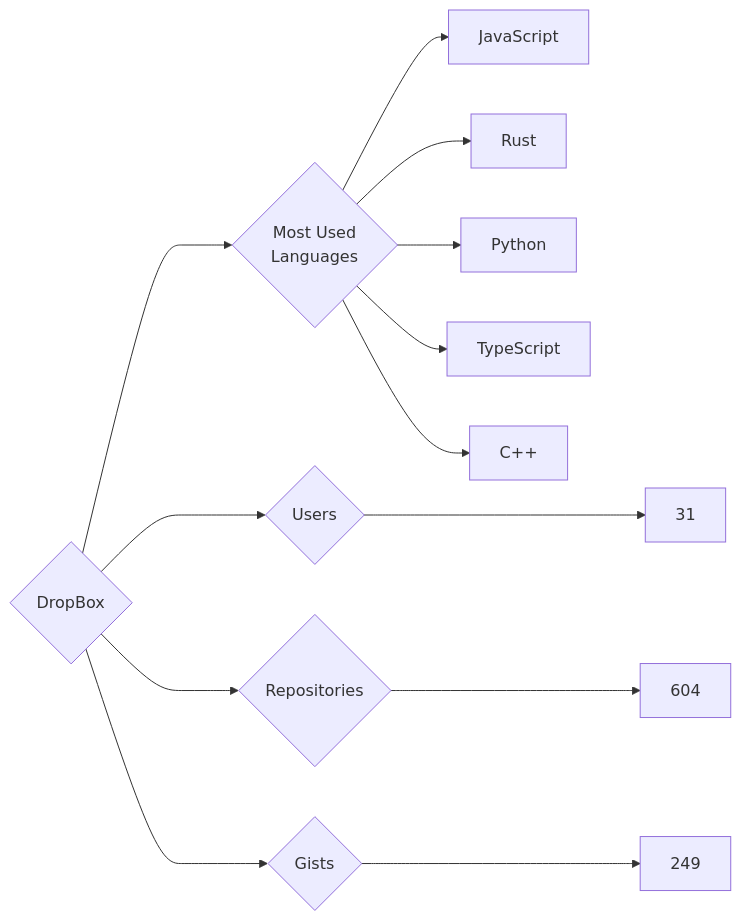
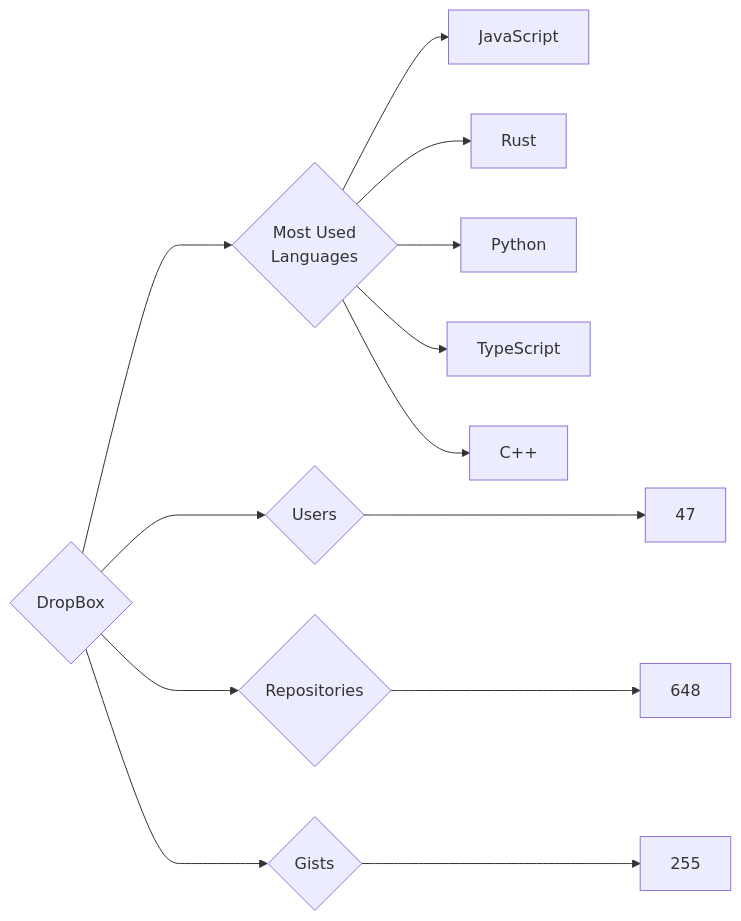
One commit to trickest/insiders changed the diagram in targets/DropBox/README.md. Above: the diagram before and after it, drawn with Mermaid. The commit also changed 773 other files, not shown here.

````diff
--- a/targets/DropBox/README.md
+++ b/targets/DropBox/README.md
@@ -3,13 +3,13 @@
 ```mermaid
 graph LR
 COMPANY_NAME{DropBox}
-COMPANY_NAME ---> U{Users} ---> UN[31]
-COMPANY_NAME ---> R{Repositories} ---> RN[604]
-COMPANY_NAME ---> G{Gists} ---> GN[249]
+COMPANY_NAME ---> U{Users} ---> UN[47]
+COMPANY_NAME ---> R{Repositories} ---> RN[648]
+COMPANY_NAME ---> G{Gists} ---> GN[255]
 COMPANY_NAME ---> ML{Most Used<br>Languages}
 ML --> JavaScript[JavaScript]
 ML --> Rust[Rust]
 ML --> Python[Python]
 ML --> TypeScript[TypeScript]
 ML --> C++[C++]
 ```
````
